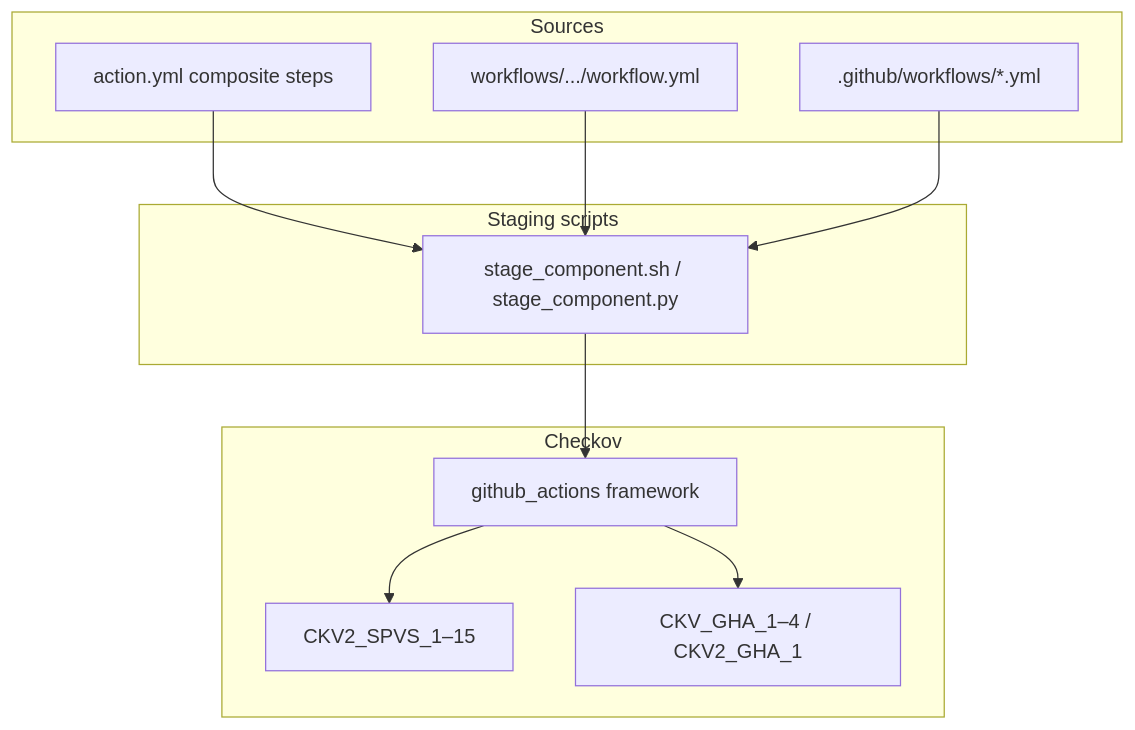
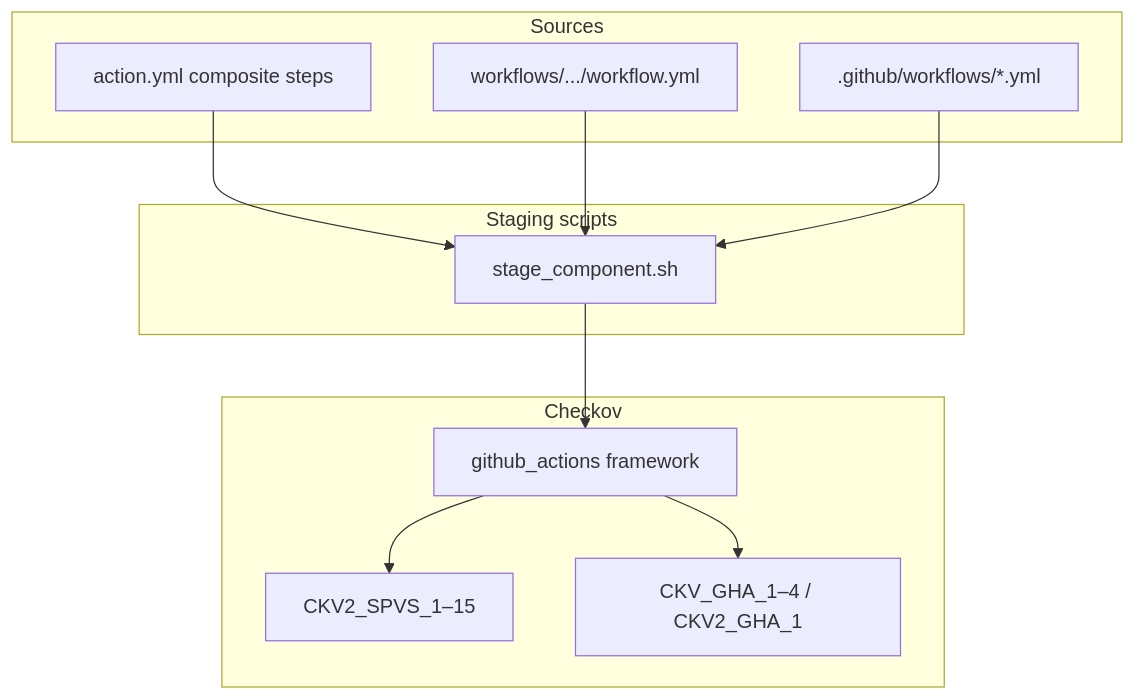
One commit to ravichandrapatel/gha-reusable-actions-workflows changed the second of 2 diagrams in README.md. Above: the diagram before and after it, drawn with Mermaid. The commit also changed other lines of this file and 19 other files, not shown here.

````diff
--- a/README.md
+++ b/README.md
@@ -143,22 +143,22 @@
 ```mermaid
 flowchart TB
   subgraph sources [Sources]
     A[action.yml composite steps]
     W[workflows/.../workflow.yml]
     R[.github/workflows/*.yml]
   end
   subgraph stage [Staging scripts]
-    S[stage_component.sh / stage_component.py]
+    S[stage_component.sh]
   end
   subgraph scan [Checkov]
     C[github_actions framework]
     P[CKV2_SPVS_1–15]
     B[CKV_GHA_1–4 / CKV2_GHA_1]
   end
   A --> S
   W --> S
   R --> S
   S --> C
   C --> P
   C --> B
 ```
````
